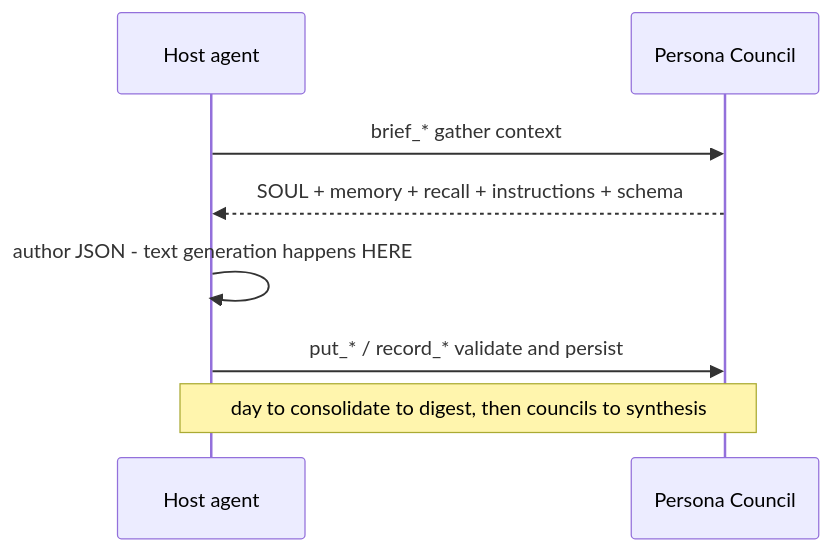
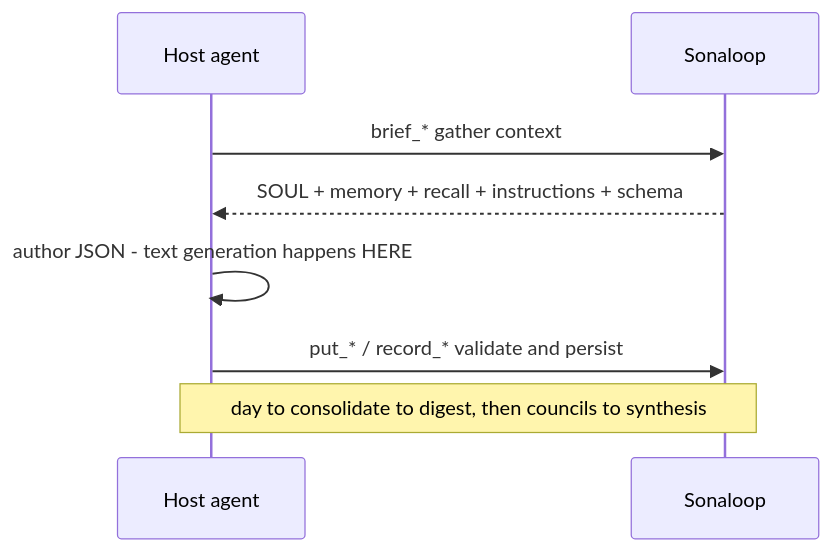
Before and after one commit to jhoetter/persona-council: the second of 3 diagrams in README.md, drawn with Mermaid. The commit also changed other lines of this file and 183 other files, not shown here.

First line of the commit message:
rename: persona-council → sonaloop (package, imports, entry points, MCP, docs)

````diff
--- a/README.md
+++ b/README.md
@@ -88,10 +88,10 @@
 ```mermaid
 sequenceDiagram
   participant H as Host agent
-  participant PC as Persona Council
+  participant PC as Sonaloop
   H->>PC: brief_* gather context
   PC-->>H: SOUL + memory + recall + instructions + schema
   H->>H: author JSON - text generation happens HERE
   H->>PC: put_* / record_* validate and persist
   Note over H,PC: day to consolidate to digest, then councils to synthesis
 ```
````
